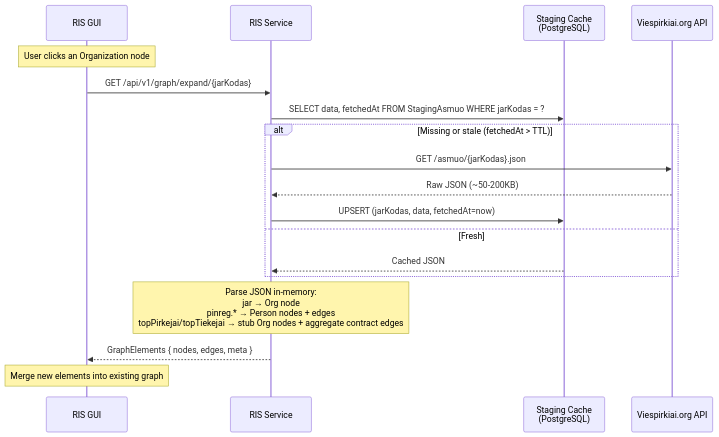
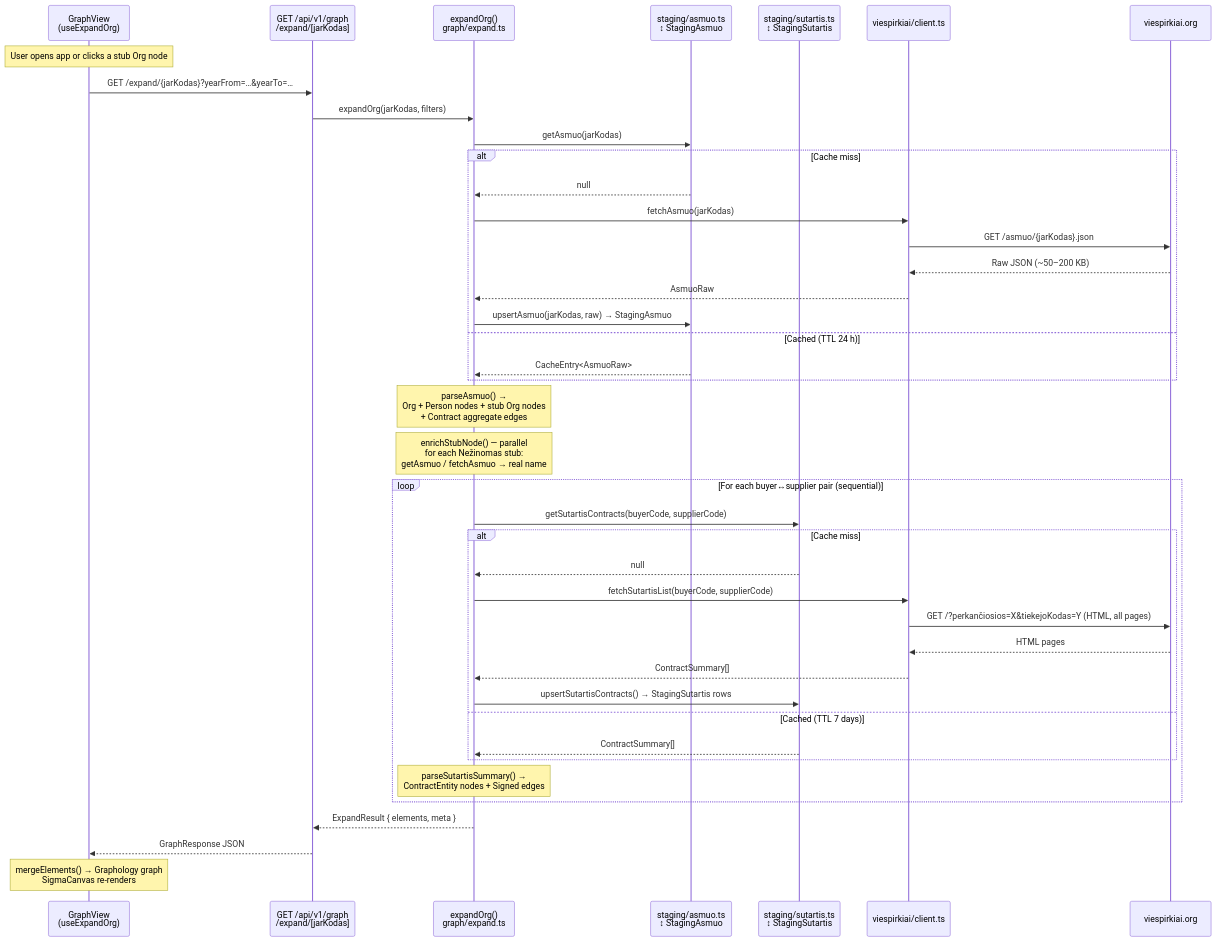
One commit to rimvydasb/risk-intelligence changed the fourth of 4 diagrams in docs/ARCHITECTURE.md. Above: the diagram before and after it, drawn with Mermaid. The commit also changed other lines of this file, not shown here.

Commit message:
refactor architecture documentation; improve formatting and clarify entity relationships

````diff
--- a/docs/ARCHITECTURE.md
+++ b/docs/ARCHITECTURE.md
@@ -443,21 +468,49 @@
 ```mermaid
 sequenceDiagram
-    participant GUI as RIS GUI
-    participant Service as RIS Service
-    participant Staging as Staging Cache<br/>(PostgreSQL)
-    participant API as Viespirkiai.org API
-    Note over GUI: User clicks an Organization node
-    GUI ->> Service: GET /api/v1/graph/expand/{jarKodas}
-    Service ->> Staging: SELECT data, fetchedAt FROM StagingAsmuo WHERE jarKodas = ?
-    alt Missing or stale (fetchedAt > TTL)
-        Service ->> API: GET /asmuo/{jarKodas}.json
-        API -->> Service: Raw JSON (~50-200KB)
-        Service ->> Staging: UPSERT (jarKodas, data, fetchedAt=now)
-    else Fresh
-        Staging -->> Service: Cached JSON
+    participant GV as GraphView<br/>(useExpandOrg)
+    participant Route as GET /api/v1/graph<br/>/expand/[jarKodas]
+    participant EXP as expandOrg()<br/>graph/expand.ts
+    participant StgA as staging/asmuo.ts<br/>↕ StagingAsmuo
+    participant StgS as staging/sutartis.ts<br/>↕ StagingSutartis
+    participant CLI as viespirkiai/client.ts
+    participant API as viespirkiai.org
+
+    Note over GV: User opens app or clicks a stub Org node
+    GV ->> Route: GET /expand/{jarKodas}?yearFrom=…&yearTo=…
+    Route ->> EXP: expandOrg(jarKodas, filters)
+
+    EXP ->> StgA: getAsmuo(jarKodas)
+    alt Cache miss
+        StgA -->> EXP: null
+        EXP ->> CLI: fetchAsmuo(jarKodas)
+        CLI ->> API: GET /asmuo/{jarKodas}.json
+        API -->> CLI: Raw JSON (~50–200 KB)
+        CLI -->> EXP: AsmuoRaw
+        EXP ->> StgA: upsertAsmuo(jarKodas, raw) → StagingAsmuo
+    else Cached (TTL 24 h)
+        StgA -->> EXP: CacheEntry<AsmuoRaw>
     end
 
-    Note over Service: Parse JSON in-memory:<br/>jar → Org node<br/>pinreg.* → Person nodes + edges<br/>topPirkejai/topTiekejai → stub Org nodes + aggregate contract edges
-    Service -->> GUI: GraphElements { nodes, edges, meta }
-    Note over GUI: Merge new elements into existing graph
+    Note over EXP: parseAsmuo() →<br/>Org + Person nodes + stub Org nodes<br/>+ Contract aggregate edges
+
+    Note over EXP: enrichStubNode() — parallel<br/>for each Nežinomas stub:<br/>getAsmuo / fetchAsmuo → real name
+
+    loop For each buyer↔supplier pair (sequential)
+        EXP ->> StgS: getSutartisContracts(buyerCode, supplierCode)
+        alt Cache miss
+            StgS -->> EXP: null
+            EXP ->> CLI: fetchSutartisList(buyerCode, supplierCode)
+            CLI ->> API: GET /?perkančiosios=X&tiekejoKodas=Y (HTML, all pages)
+            API -->> CLI: HTML pages
+            CLI -->> EXP: ContractSummary[]
+            EXP ->> StgS: upsertSutartisContracts() → StagingSutartis rows
+        else Cached (TTL 7 days)
+            StgS -->> EXP: ContractSummary[]
+        end
+        Note over EXP: parseSutartisSummary() →<br/>ContractEntity nodes + Signed edges
+    end
+
+    EXP -->> Route: ExpandResult { elements, meta }
+    Route -->> GV: GraphResponse JSON
+    Note over GV: mergeElements() → Graphology graph<br/>SigmaCanvas re-renders
 ```
````
